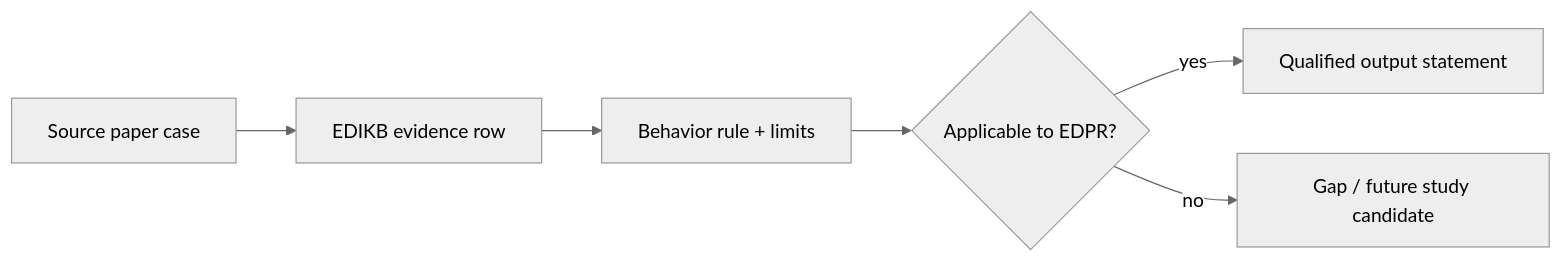
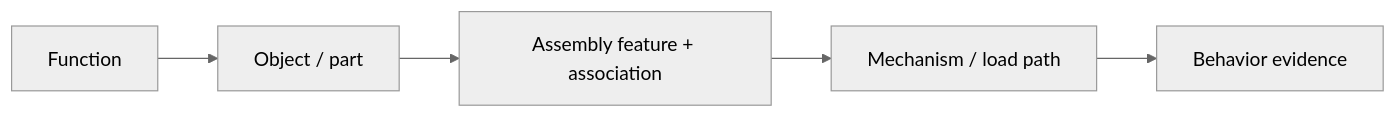
The fourth of 6 diagrams in papers/PAPER_01A_MANUSCRIPT_DRAFT.md (sreekx007/Slay-ILS-Designer-V1.0), drawn with Mermaid (neutral theme) before and after one commit. The commit also changed other lines of this file, not shown here.

Commit message:
Condense Paper 01A framework sections

````diff
--- a/papers/PAPER_01A_MANUSCRIPT_DRAFT.md
+++ b/papers/PAPER_01A_MANUSCRIPT_DRAFT.md
@@ -270,8 +180,7 @@
 ```mermaid
 flowchart LR
-    SP[Source paper case] --> ER[EDIKB evidence row]
-    ER --> BR[Behavior rule + limits]
-    BR --> APP{Applicable to EDPR?}
-    APP -->|yes| OUT[Qualified output statement]
-    APP -->|no| GAP[Gap / future study candidate]
+    F[Function] --> O[Object / part]
+    O --> A[Assembly feature + association]
+    A --> M[Mechanism / load path]
+    M --> B[Behavior evidence]
 ```
````
